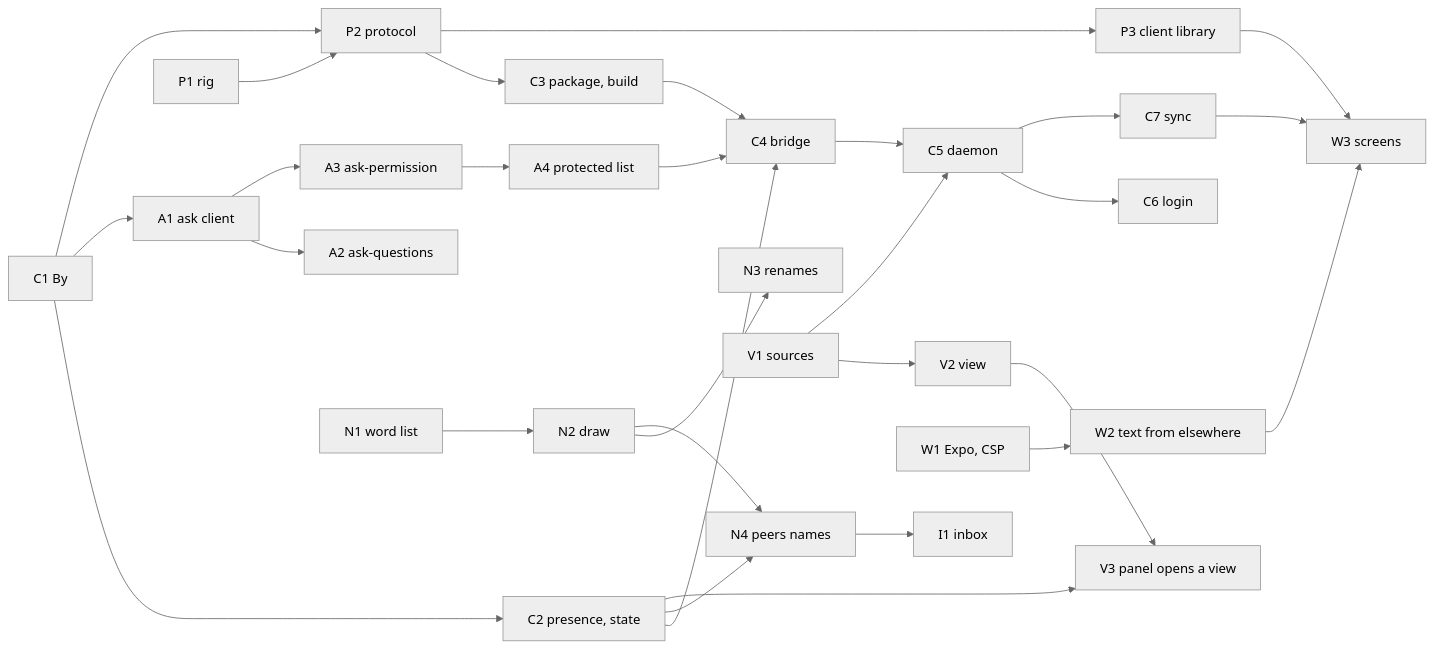
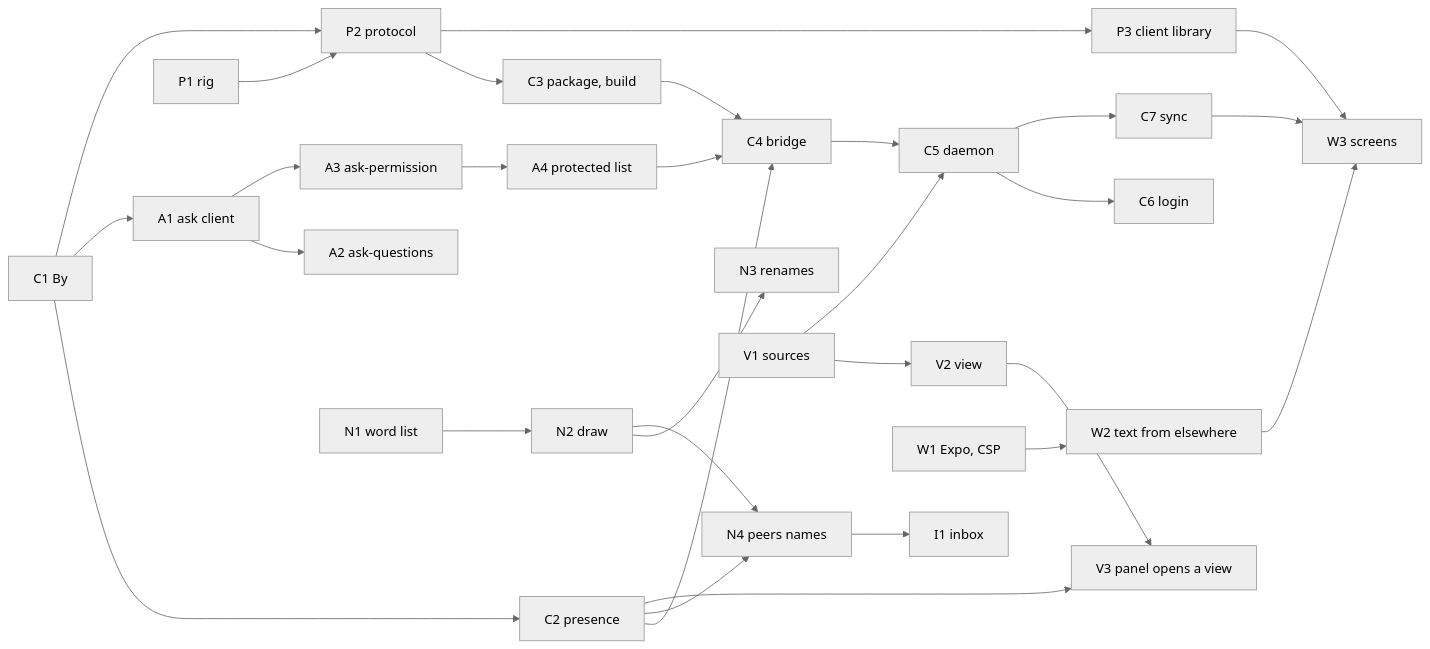
One commit to felipeadeildo/pi-harness changed the diagram in docs/remote-plan.md. Above: the diagram before and after it, drawn with Mermaid (neutral theme). The commit also changed other lines of this file and 12 other files, not shown here.

````diff
--- a/docs/remote-plan.md
+++ b/docs/remote-plan.md
@@ -102,20 +102,20 @@
 ```mermaid
 flowchart LR
-  C1["C1 By"] --> C2["C2 presence, state"] --> C4["C4 bridge"] --> C5["C5 daemon"]
+  C1["C1 By"] --> C2["C2 presence"] --> C4["C4 bridge"] --> C5["C5 daemon"]
   C1 --> A1
   C1 --> P2
   P1["P1 rig"] --> P2["P2 protocol"] --> C3["C3 package, build"] --> C4
   C5 --> C6["C6 login"]
   C5 --> C7["C7 sync"]
   A1["A1 ask client"] --> A2["A2 ask-questions"]
   A1 --> A3["A3 ask-permission"] --> A4["A4 protected list"] --> C4
   N1["N1 word list"] --> N2["N2 draw"] --> N3["N3 renames"]
   N2 --> N4["N4 peers names"] --> I1["I1 inbox"]
   C2 --> N4
   V1["V1 sources"] --> V2["V2 view"] --> V3["V3 panel opens a view"]
   V1 --> C5
   C2 --> V3
   P2 --> P3["P3 client library"] --> W3
   W1["W1 Expo, CSP"] --> W2["W2 text from elsewhere"] --> W3["W3 screens"]
   C7 --> W3
 ```
````
